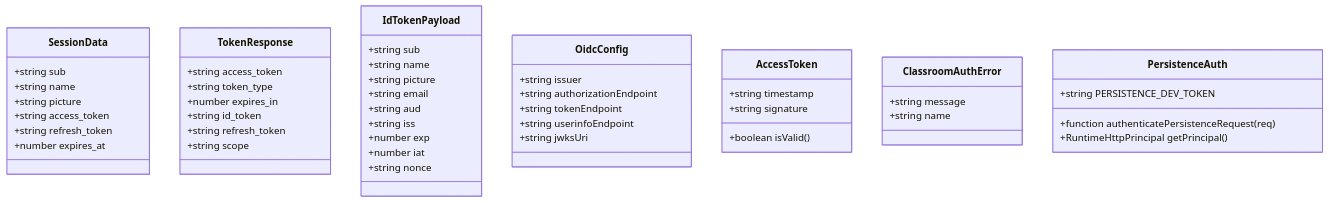
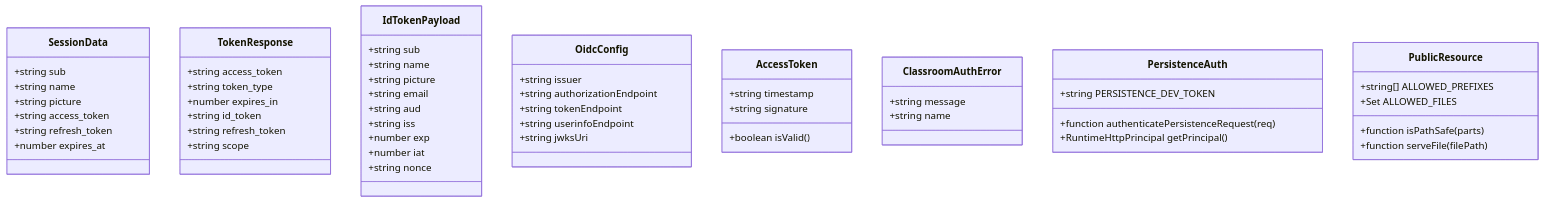
The third of 9 diagrams in .qoder/repowiki/zh/content/架构设计/后端架构设计/OAuth 2.0 认证系统.md (huangboheng/OpenMAIC), drawn with Mermaid before and after one commit. The commit also changed other lines of this file and 8 other files, not shown here.

````diff
--- a/.qoder/repowiki/zh/content/架构设计/后端架构设计/OAuth 2.0 认证系统.md
+++ b/.qoder/repowiki/zh/content/架构设计/后端架构设计/OAuth 2.0 认证系统.md
@@ -185,51 +201,57 @@
 ```mermaid
 classDiagram
 class SessionData {
 +string sub
 +string name
 +string picture
 +string access_token
 +string refresh_token
 +number expires_at
 }
 class TokenResponse {
 +string access_token
 +string token_type
 +number expires_in
 +string id_token
 +string refresh_token
 +string scope
 }
 class IdTokenPayload {
 +string sub
 +string name
 +string picture
 +string email
 +string aud
 +string iss
 +number exp
 +number iat
 +string nonce
 }
 class OidcConfig {
 +string issuer
 +string authorizationEndpoint
 +string tokenEndpoint
 +string userinfoEndpoint
 +string jwksUri
 }
 class AccessToken {
 +string timestamp
 +string signature
 +boolean isValid()
 }
 class ClassroomAuthError {
 +string message
 +string name
 }
 class PersistenceAuth {
 +string PERSISTENCE_DEV_TOKEN
 +function authenticatePersistenceRequest(req)
 +RuntimeHttpPrincipal getPrincipal()
 }
+class PublicResource {
++string[] ALLOWED_PREFIXES
++Set ALLOWED_FILES
++function isPathSafe(parts)
++function serveFile(filePath)
+}
 ```
````
